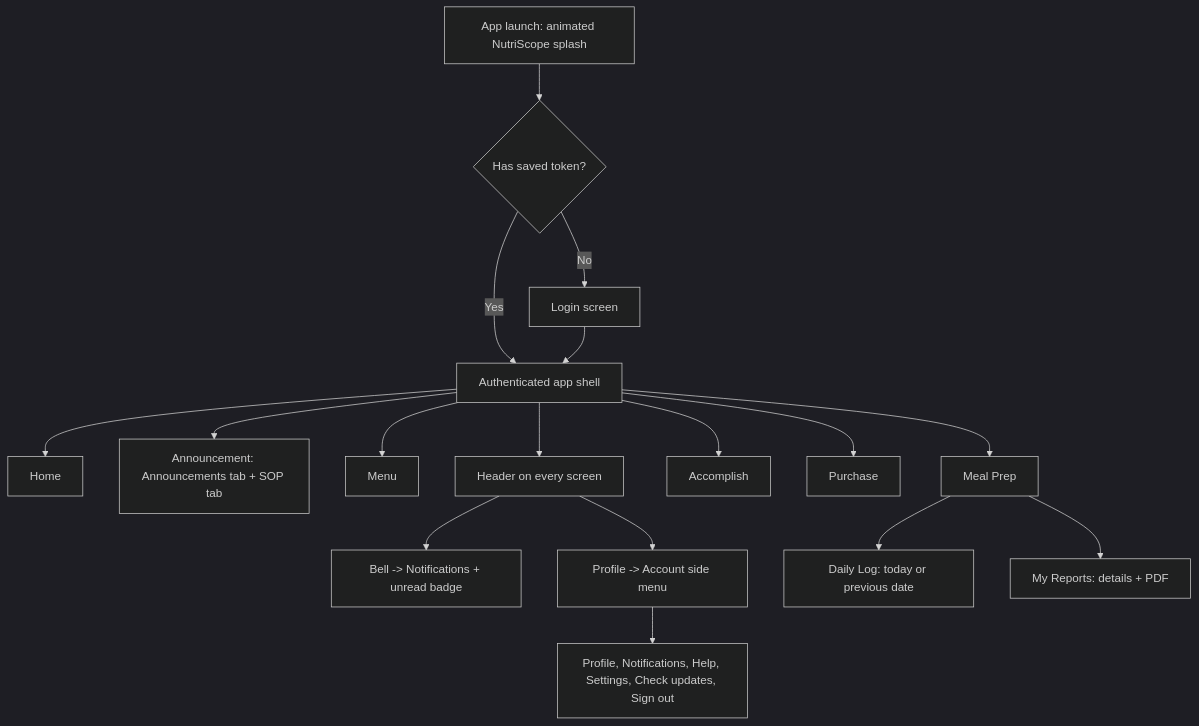
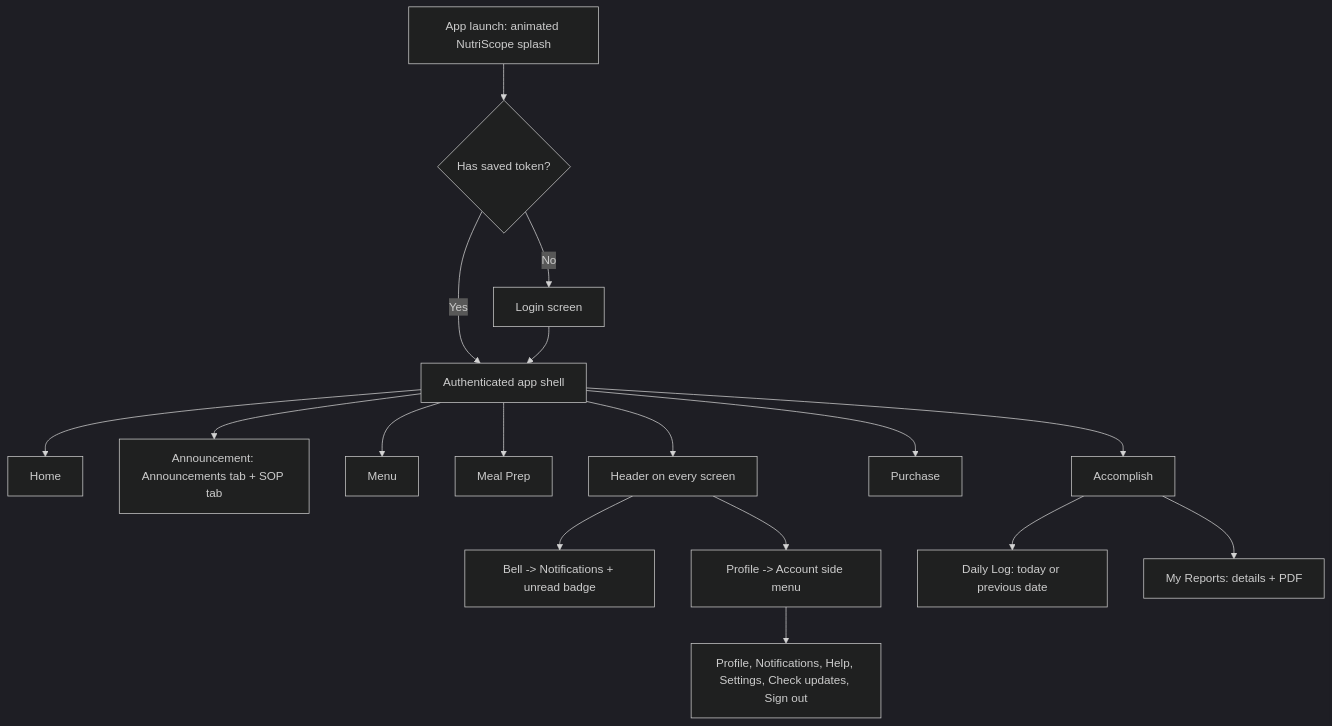
One commit to ja2gc/Nutriscope changed the fourth of 9 diagrams in docs/module-workflow-flowchart.md. Above: the diagram before and after it, drawn with Mermaid (dark theme). The commit also changed other lines of this file and 44 other files, not shown here.

````diff
--- a/docs/module-workflow-flowchart.md
+++ b/docs/module-workflow-flowchart.md
@@ -165,22 +165,22 @@
 ```mermaid
 flowchart TD
     SPL["App launch: animated NutriScope splash"] --> LOG{"Has saved token?"}
     LOG -->|"No"| LOGIN["Login screen"]
     LOG -->|"Yes"| TABS
     LOGIN --> TABS["Authenticated app shell"]
 
     TABS --> T1["Home"]
     TABS --> T2["Announcement: Announcements tab + SOP tab"]
     TABS --> T3["Menu"]
     TABS --> T4["Meal Prep"]
     TABS --> T5["Accomplish"]
     TABS --> T6["Purchase"]
 
     TABS --> HDR["Header on every screen"]
     HDR --> H1["Bell -> Notifications + unread badge"]
     HDR --> H2["Profile -> Account side menu"]
     H2 --> SIDE["Profile, Notifications, Help, Settings, Check updates, Sign out"]
 
-    T4 --> L1["Daily Log: today or previous date"]
-    T4 --> L2["My Reports: details + PDF"]
+    T5 --> L1["Daily Log: today or previous date"]
+    T5 --> L2["My Reports: details + PDF"]
 ```
````
